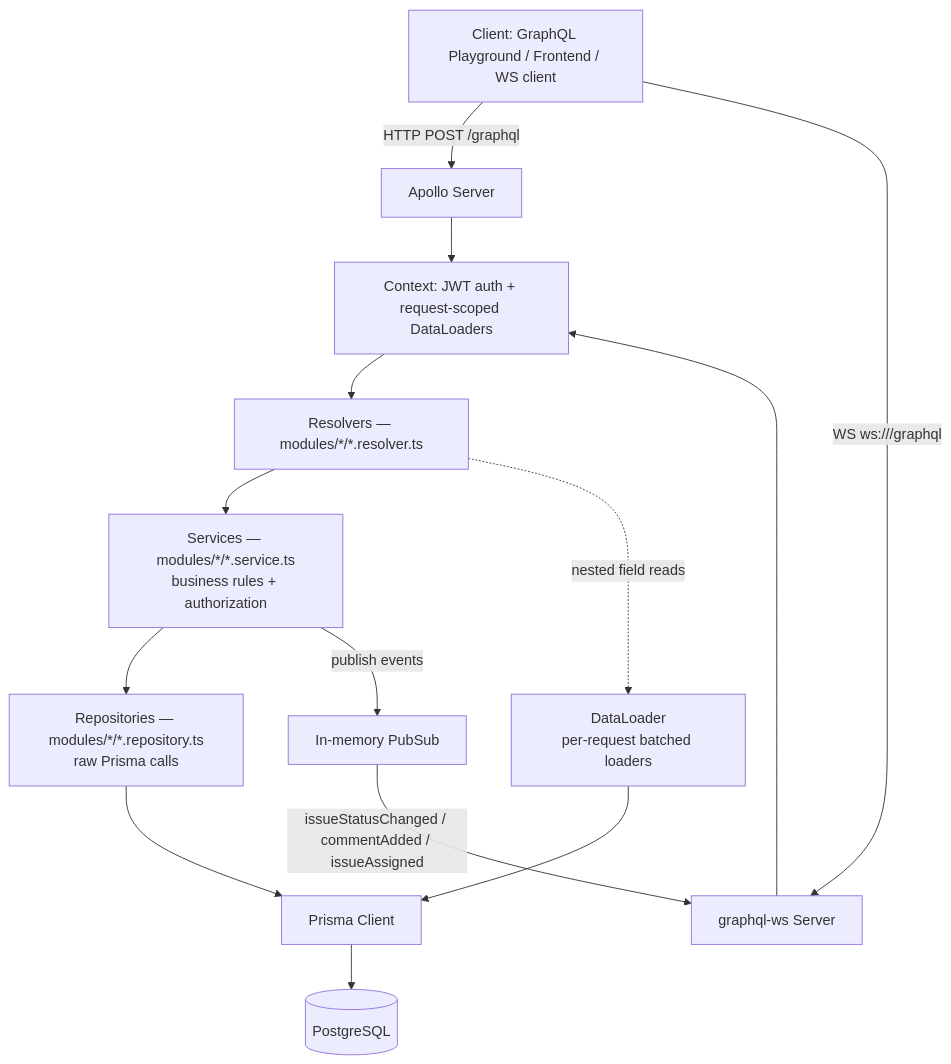
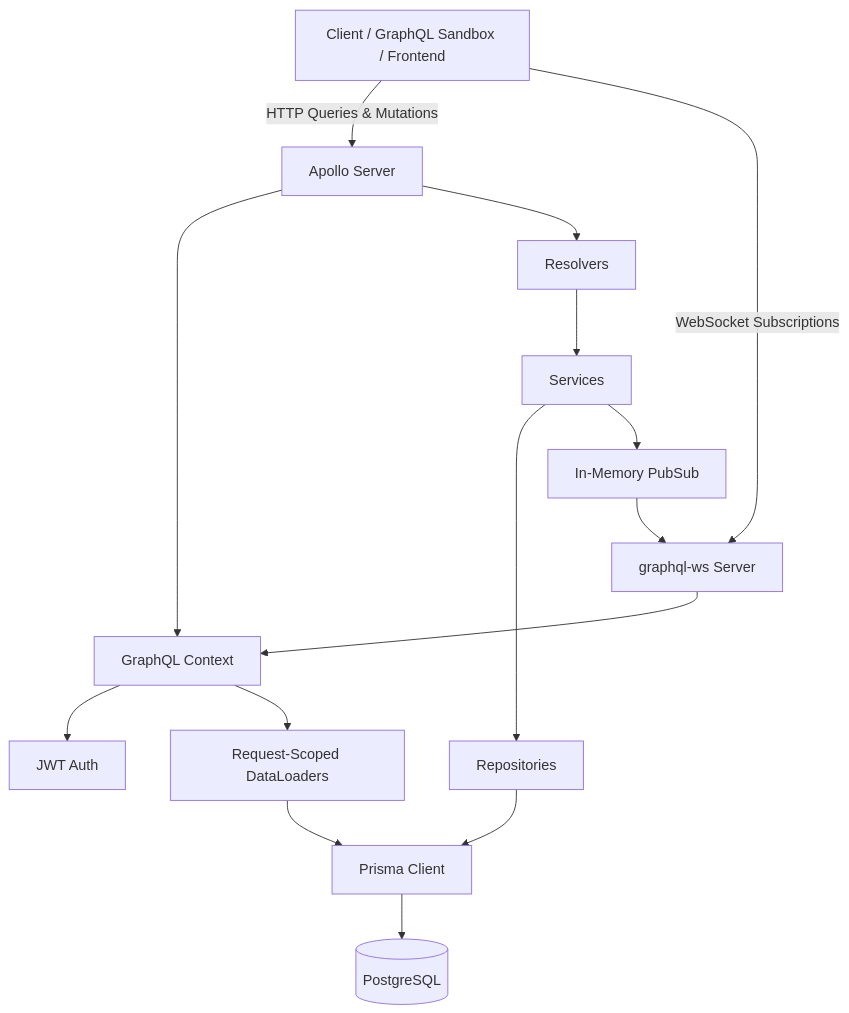
The diagram in README.md (OMCHOKSI108/GraphQL_DevConnect), drawn with Mermaid before and after one commit. The commit also changed other lines of this file, not shown here.

First line of the commit message:
Rewrite README with badges, mermaid architecture diagram, and fuller docs

````diff
--- a/README.md
+++ b/README.md
@@ -66,22 +187,24 @@
 ```mermaid
 flowchart TD
-    Client[Client: GraphQL Playground / Frontend / WS client]
+    Client[Client / GraphQL Sandbox / Frontend]
+    
+    Client -->|HTTP Queries & Mutations| Apollo[Apollo Server]
+    Client -->|WebSocket Subscriptions| WS[graphql-ws Server]
 
-    Client -->|HTTP POST /graphql| ApolloServer[Apollo Server]
-    Client -->|WS ws:///graphql| WSServer[graphql-ws Server]
+    Apollo --> Context[GraphQL Context]
+    WS --> Context
 
-    ApolloServer --> Context[Context: JWT auth + request-scoped DataLoaders]
-    WSServer --> Context
+    Context --> Auth[JWT Auth]
+    Context --> Loaders[Request-Scoped DataLoaders]
 
-    Context --> Resolvers[Resolvers — modules/*/*.resolver.ts]
-    Resolvers --> Services[Services — modules/*/*.service.ts<br/>business rules + authorization]
-    Services --> Repositories[Repositories — modules/*/*.repository.ts<br/>raw Prisma calls]
+    Apollo --> Resolvers[Resolvers]
+    Resolvers --> Services[Services]
+    Services --> Repositories[Repositories]
     Repositories --> Prisma[Prisma Client]
-    Prisma --> Postgres[(PostgreSQL)]
+    Prisma --> DB[(PostgreSQL)]
 
-    Resolvers -.->|nested field reads| DataLoader[DataLoader<br/>per-request batched loaders]
-    DataLoader --> Prisma
+    Services --> PubSub[In-Memory PubSub]
+    PubSub --> WS
 
-    Services -->|publish events| PubSub[In-memory PubSub]
-    PubSub -->|issueStatusChanged / commentAdded / issueAssigned| WSServer
+    Loaders --> Prisma
 ```
````
